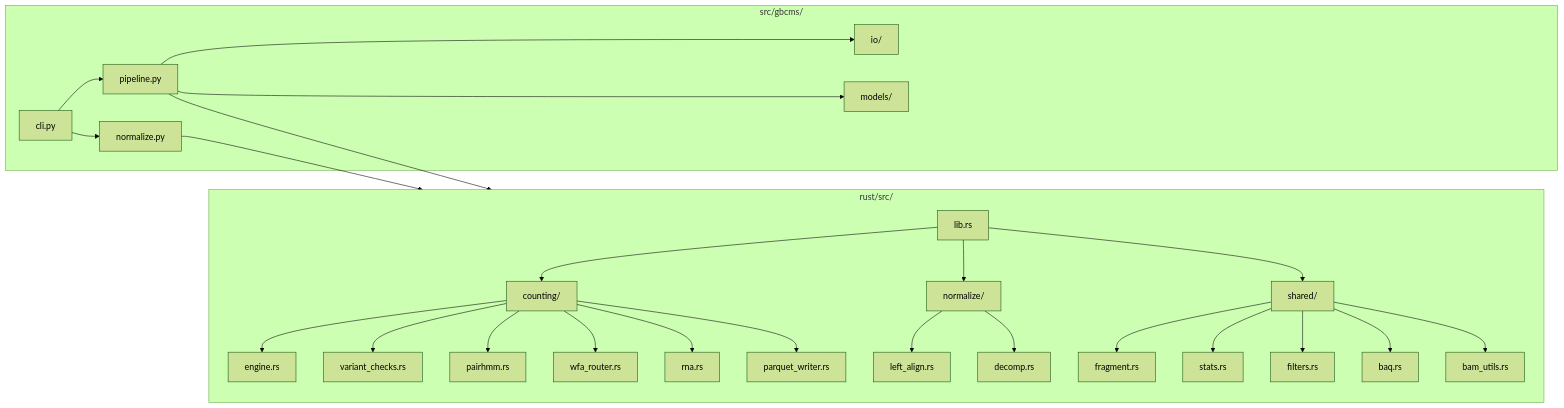
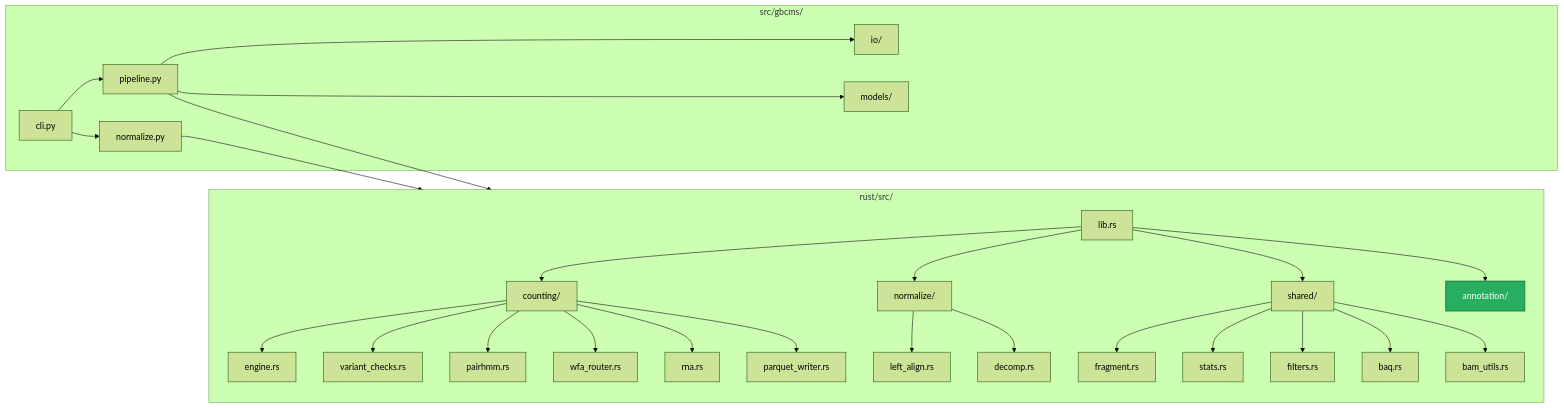
The first of 2 diagrams in docs/development/developer-guide.md (msk-access/gbcms), drawn with Mermaid (forest theme) before and after one commit. The commit also changed 27 other files, not shown here.

````diff
--- a/docs/development/developer-guide.md
+++ b/docs/development/developer-guide.md
@@ -75,31 +75,34 @@
 ```mermaid
 flowchart LR
     subgraph Python["src/gbcms/"]
         CLI["cli.py"] --> Pipeline["pipeline.py"]
         CLI --> Normalize["normalize.py"]
         Pipeline --> IO["io/"]
         Pipeline --> Models["models/"]
     end
 
     subgraph Rust["rust/src/"]
         Lib["lib.rs"] --> Count["counting/"]
         Lib --> Norm["normalize/"]
         Lib --> Shared["shared/"]
+        Lib --> Ann["annotation/"]:::annot
         Count --> Eng["engine.rs"]
         Count --> VC["variant_checks.rs"]
         Count --> PH["pairhmm.rs"]
         Count --> WFA["wfa_router.rs"]
         Count --> RNA["rna.rs"]
         Count --> Parquet["parquet_writer.rs"]
         Norm --> LA["left_align.rs"]
         Norm --> DC["decomp.rs"]
         Shared --> Frag["fragment.rs"]
         Shared --> Stats["stats.rs"]
         Shared --> Filters["filters.rs"]
         Shared --> BAQ["baq.rs"]
         Shared --> BamU["bam_utils.rs"]
     end
 
     Pipeline --> Rust
     Normalize --> Rust
+
+    classDef annot fill:#27ae60,color:#fff,stroke:#1e8449,stroke-width:2px;
 ```
````
